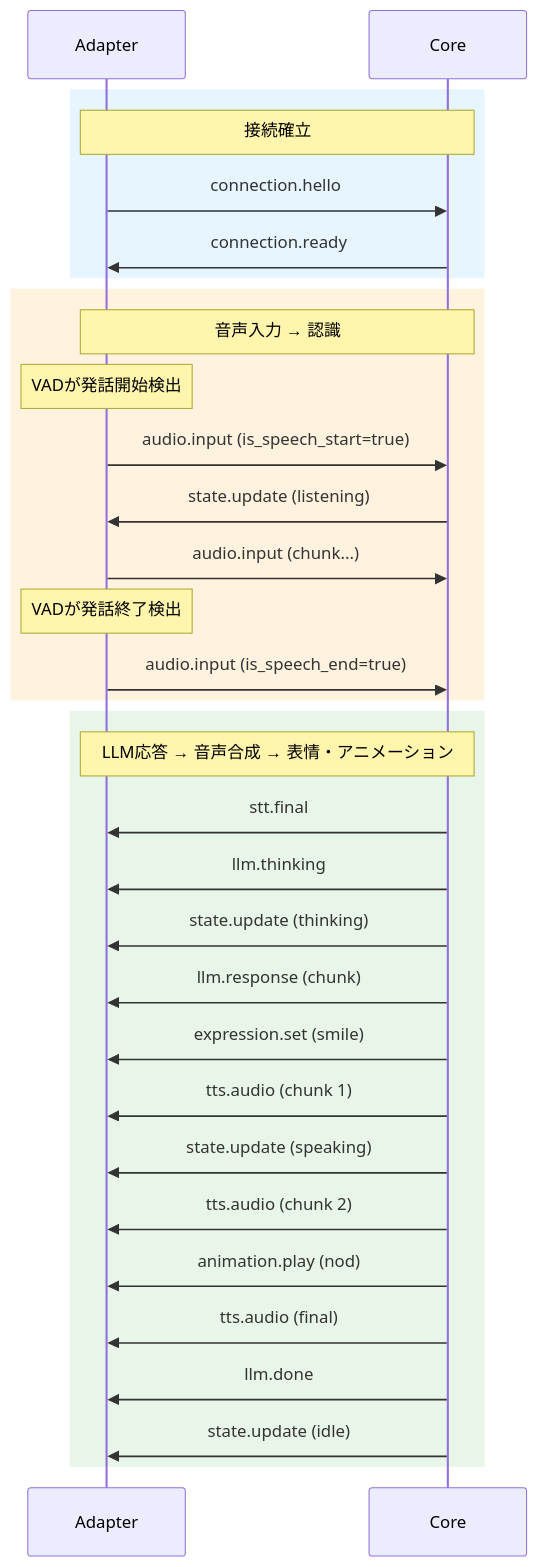
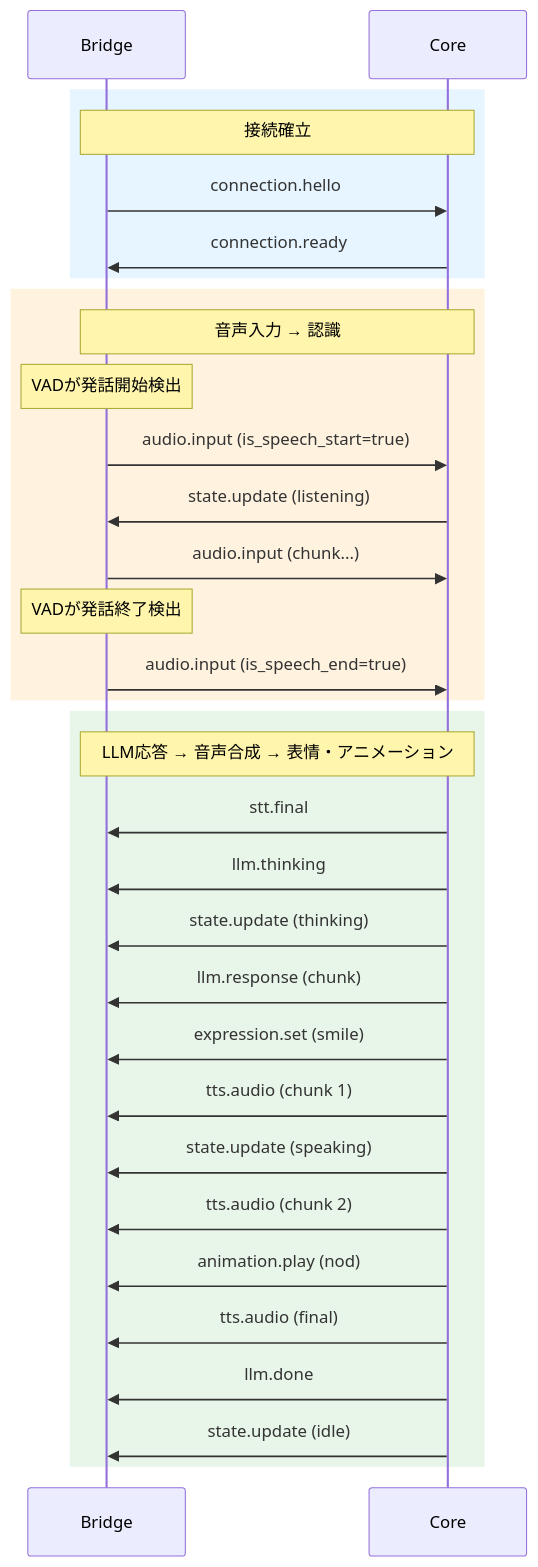
Before and after one commit to miumo6329/ai-avatar-framework: the first of 3 diagrams in docs/protocol.md, drawn with Mermaid. The commit also changed other lines of this file and 11 other files, not shown here.

````diff
--- a/docs/protocol.md
+++ b/docs/protocol.md
@@ -318,37 +318,37 @@
 ```mermaid
 sequenceDiagram
-  participant Adapter
+  participant Bridge
   participant Core
 
   rect rgb(230, 245, 255)
-    Note over Adapter, Core: 接続確立
-    Adapter->>Core: connection.hello
-    Core->>Adapter: connection.ready
+    Note over Bridge, Core: 接続確立
+    Bridge->>Core: connection.hello
+    Core->>Bridge: connection.ready
   end
 
   rect rgb(255, 243, 224)
-    Note over Adapter, Core: 音声入力 → 認識
-    Note over Adapter: VADが発話開始検出
-    Adapter->>Core: audio.input (is_speech_start=true)
-    Core->>Adapter: state.update (listening)
-    Adapter->>Core: audio.input (chunk...)
-    Note over Adapter: VADが発話終了検出
-    Adapter->>Core: audio.input (is_speech_end=true)
+    Note over Bridge, Core: 音声入力 → 認識
+    Note over Bridge: VADが発話開始検出
+    Bridge->>Core: audio.input (is_speech_start=true)
+    Core->>Bridge: state.update (listening)
+    Bridge->>Core: audio.input (chunk...)
+    Note over Bridge: VADが発話終了検出
+    Bridge->>Core: audio.input (is_speech_end=true)
   end
 
   rect rgb(232, 245, 233)
-    Note over Adapter, Core: LLM応答 → 音声合成 → 表情・アニメーション
-    Core->>Adapter: stt.final
-    Core->>Adapter: llm.thinking
-    Core->>Adapter: state.update (thinking)
-    Core->>Adapter: llm.response (chunk)
-    Core->>Adapter: expression.set (smile)
-    Core->>Adapter: tts.audio (chunk 1)
-    Core->>Adapter: state.update (speaking)
-    Core->>Adapter: tts.audio (chunk 2)
-    Core->>Adapter: animation.play (nod)
-    Core->>Adapter: tts.audio (final)
-    Core->>Adapter: llm.done
-    Core->>Adapter: state.update (idle)
+    Note over Bridge, Core: LLM応答 → 音声合成 → 表情・アニメーション
+    Core->>Bridge: stt.final
+    Core->>Bridge: llm.thinking
+    Core->>Bridge: state.update (thinking)
+    Core->>Bridge: llm.response (chunk)
+    Core->>Bridge: expression.set (smile)
+    Core->>Bridge: tts.audio (chunk 1)
+    Core->>Bridge: state.update (speaking)
+    Core->>Bridge: tts.audio (chunk 2)
+    Core->>Bridge: animation.play (nod)
+    Core->>Bridge: tts.audio (final)
+    Core->>Bridge: llm.done
+    Core->>Bridge: state.update (idle)
   end
 ```
````
